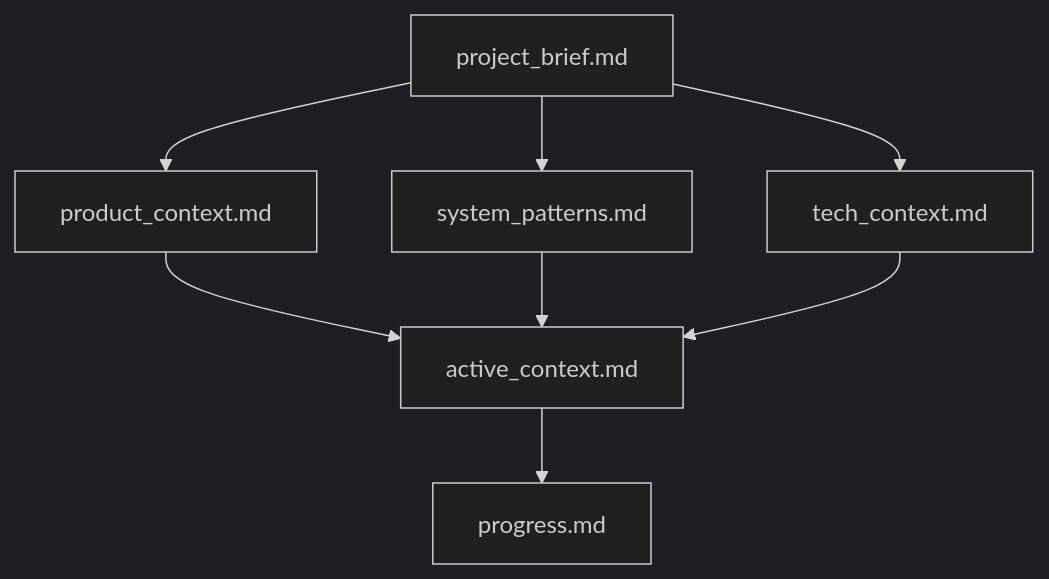
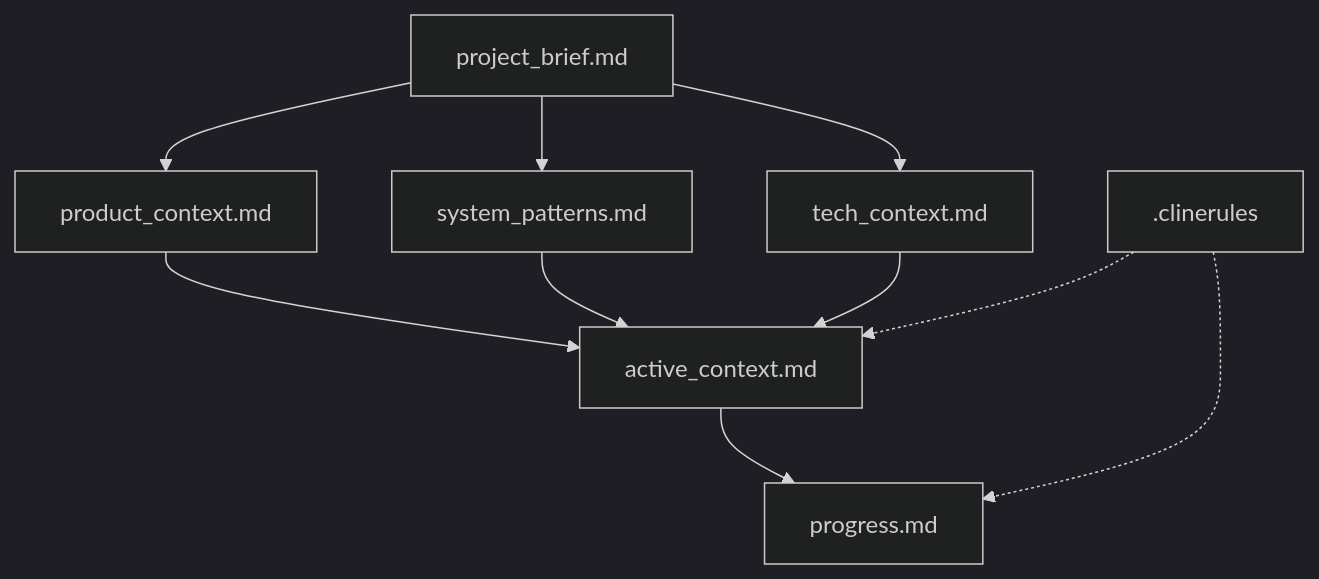
The first of 4 diagrams in docs/custom_instructions.md (AstroMined/debtonator), drawn with Mermaid (dark theme) before and after one commit. The commit also changed other lines of this file and 14 other files, not shown here.

````diff
--- a/docs/custom_instructions.md
+++ b/docs/custom_instructions.md
@@ -15,12 +11,15 @@
 ```mermaid
 flowchart TD
     PB[project_brief.md] --> PC[product_context.md]
     PB --> SP[system_patterns.md]
     PB --> TC[tech_context.md]
     
     PC --> AC[active_context.md]
     SP --> AC
     TC --> AC
     
     AC --> P[progress.md]
+    
+    CR[.clinerules] -.-> AC
+    CR -.-> P
 ```
````
